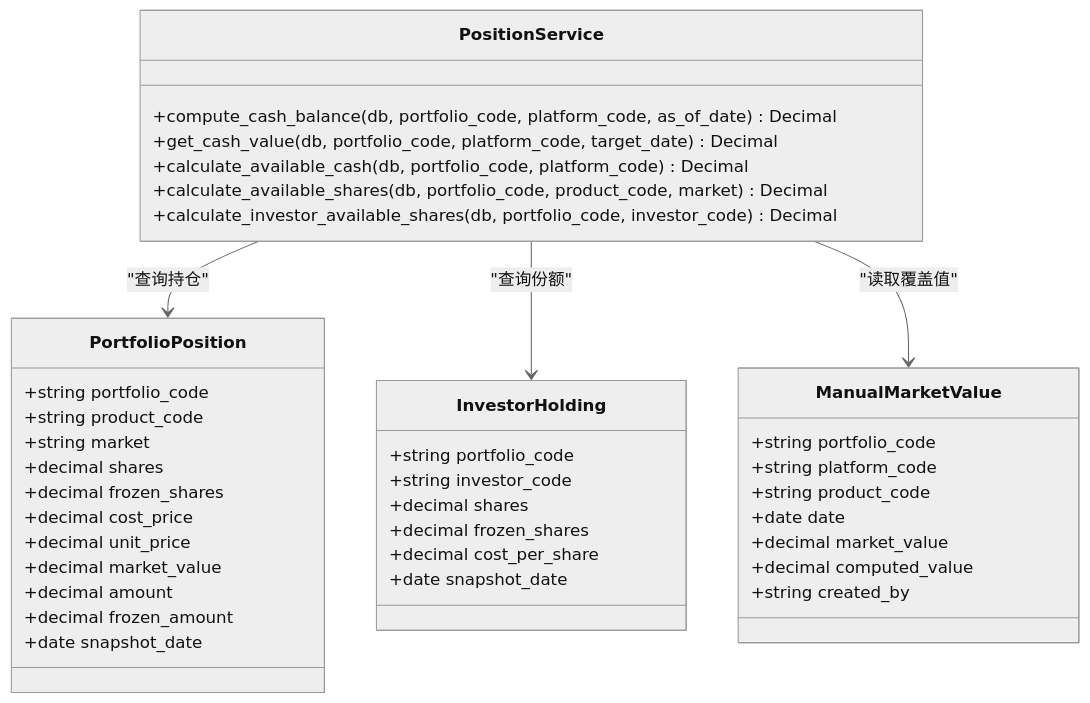
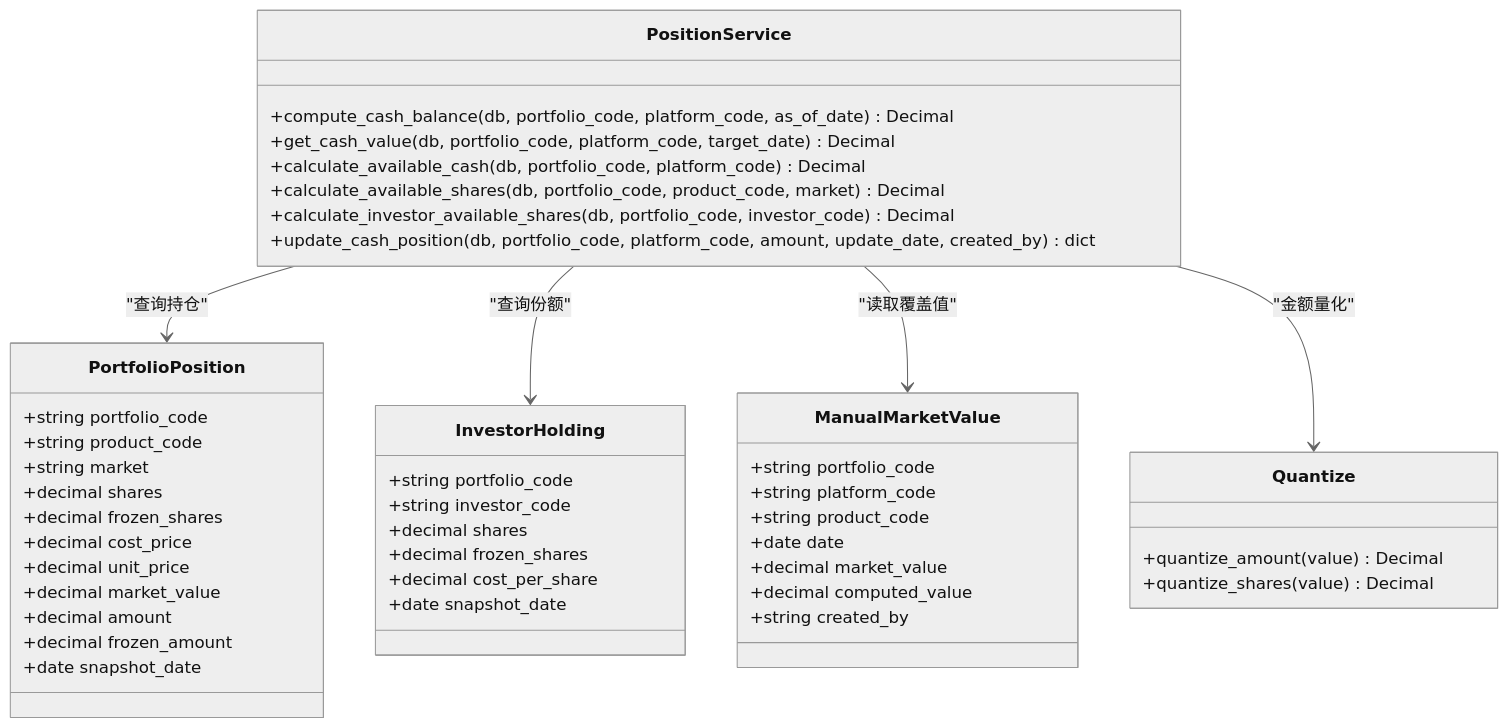
The sixth of 10 diagrams in .qoder/repowiki/zh/content/核心业务功能/持仓管理.md (gujialind/InvestRing), drawn with Mermaid (neutral theme) before and after one commit. The commit also changed other lines of this file and 65 other files, not shown here.

````diff
--- a/.qoder/repowiki/zh/content/核心业务功能/持仓管理.md
+++ b/.qoder/repowiki/zh/content/核心业务功能/持仓管理.md
@@ -437,43 +514,49 @@
 ```mermaid
 classDiagram
 class PositionService {
 +compute_cash_balance(db, portfolio_code, platform_code, as_of_date) Decimal
 +get_cash_value(db, portfolio_code, platform_code, target_date) Decimal
 +calculate_available_cash(db, portfolio_code, platform_code) Decimal
 +calculate_available_shares(db, portfolio_code, product_code, market) Decimal
 +calculate_investor_available_shares(db, portfolio_code, investor_code) Decimal
++update_cash_position(db, portfolio_code, platform_code, amount, update_date, created_by) dict
 }
 class PortfolioPosition {
 +string portfolio_code
 +string product_code
 +string market
 +decimal shares
 +decimal frozen_shares
 +decimal cost_price
 +decimal unit_price
 +decimal market_value
 +decimal amount
 +decimal frozen_amount
 +date snapshot_date
 }
 class InvestorHolding {
 +string portfolio_code
 +string investor_code
 +decimal shares
 +decimal frozen_shares
 +decimal cost_per_share
 +date snapshot_date
 }
 class ManualMarketValue {
 +string portfolio_code
 +string platform_code
 +string product_code
 +date date
 +decimal market_value
 +decimal computed_value
 +string created_by
 }
+class Quantize {
++quantize_amount(value) Decimal
++quantize_shares(value) Decimal
+}
 PositionService --> PortfolioPosition : "查询持仓"
 PositionService --> InvestorHolding : "查询份额"
 PositionService --> ManualMarketValue : "读取覆盖值"
+PositionService --> Quantize : "金额量化"
 ```
````
